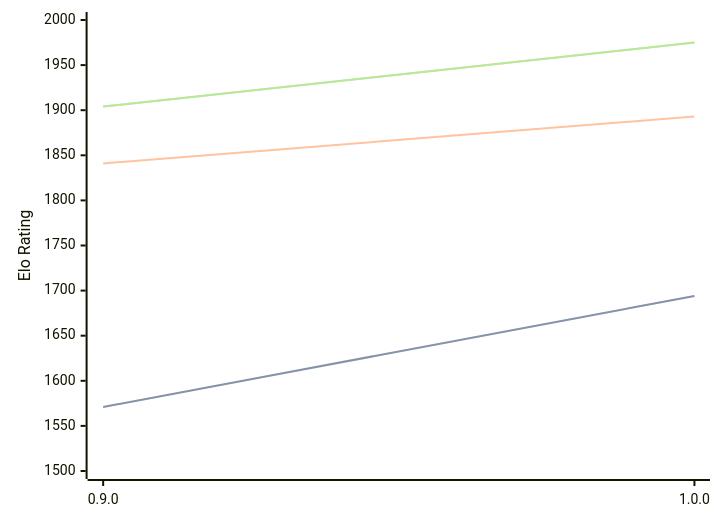
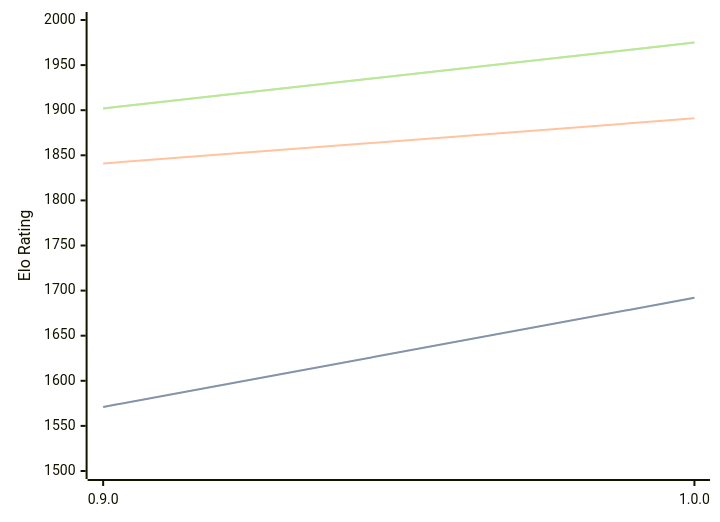
Before and after one commit to computer-chess-index/cci: the diagram in engines/Ratsu.md, drawn with Mermaid. The commit also changed other lines of this file, not shown here.

Commit message:
Update CCI Ratings (ELO VLTC) - 2026-03-03

````diff
--- a/engines/Ratsu.md
+++ b/engines/Ratsu.md
@@ -30,11 +30,11 @@
 ```mermaid
 %%{init: {"theme":"base","themeVariables":{"seriesColors:['#a3a3a3','#222221','#faa371']}}}%%
 xychart-beta
   x-axis ["0.9.0", "1.0.0"]
   y-axis "Elo Rating" 1500 --> 2000
-  line "STC (8.0+0.08s)" [1571, 1694]
-  line "STC (8.0+0.08s)" [1571, 1694]
-  line "LTC (60.0+0.60s)" [1841, 1893]
-  line "VLTC (2m24s+1.12s)" [1904, 1975]
-  line "VLTC (2m24s+1.12s)" [1904, 1975]
+  line "STC (8.0+0.08s)" [1571, 1692]
+  line "STC (8.0+0.08s)" [1571, 1692]
+  line "LTC (60.0+0.60s)" [1841, 1891]
+  line "VLTC (2m24s+1.12s)" [1902, 1975]
+  line "VLTC (2m24s+1.12s)" [1902, 1975]
 ```
````
